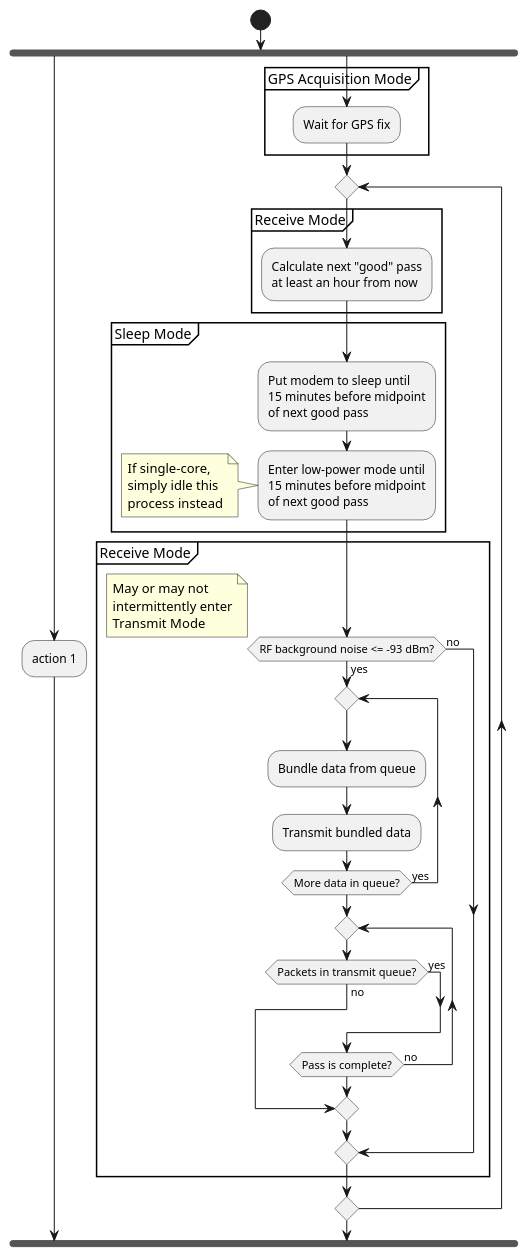
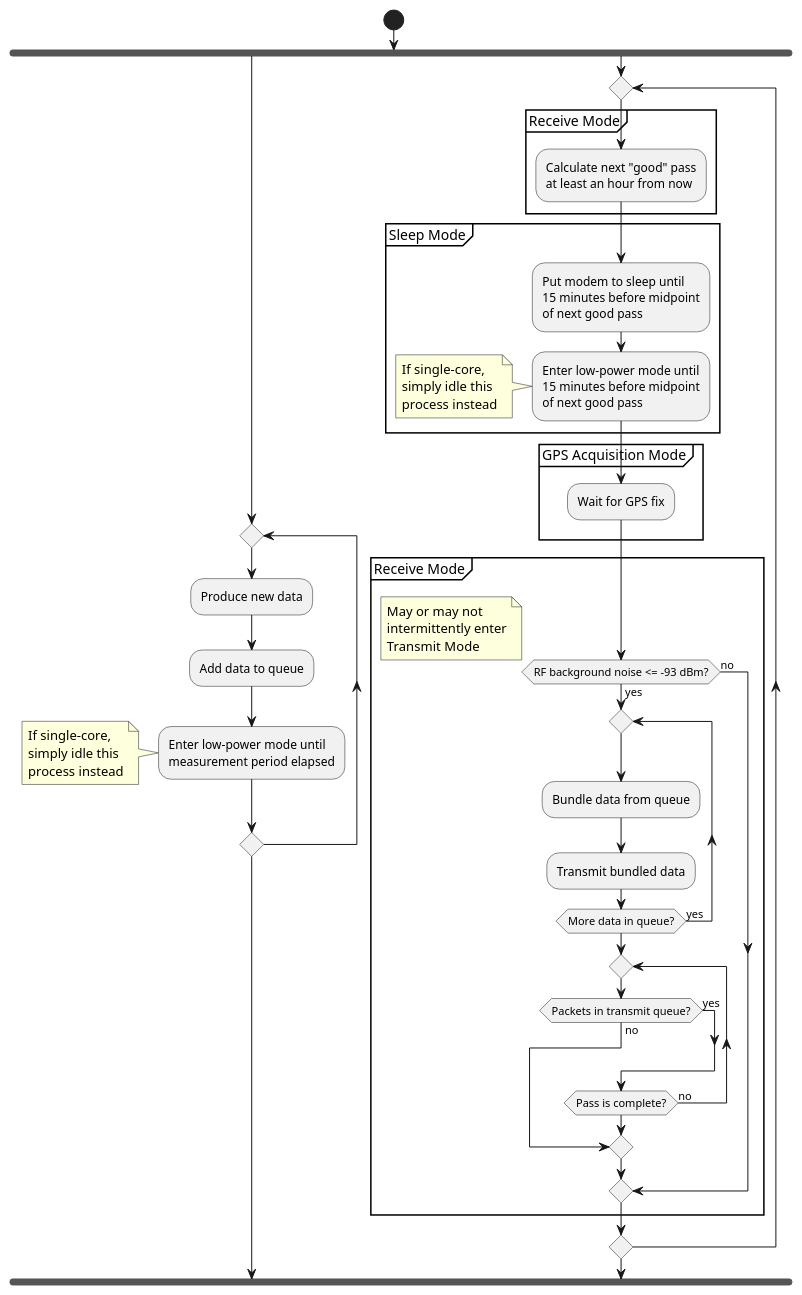
One commit to garrettkinman/MSc-Thesis-Diagrams changed the diagram in hostAlgorithm.wsd. Above: the diagram before and after it, drawn with PlantUML.

Commit message:
reordered GPS acquisition mode

```diff
--- a/hostAlgorithm.wsd
+++ b/hostAlgorithm.wsd
@@ -1,47 +1,52 @@
 @startuml
 
 
 
 start
 fork
-  :action 1;
+    repeat
+        :Produce new data;
+        :Add data to queue;
+        :Enter low-power mode until\nmeasurement period elapsed;
+        note left: If single-core,\nsimply idle this\nprocess instead
+    repeat while ()
+
 fork again
-    partition "GPS Acquisition Mode" {
-        :Wait for GPS fix;
-    }
-
     repeat
         partition "Receive Mode" {
             :Calculate next "good" pass\nat least an hour from now;
         }
         
         partition "Sleep Mode" {
             :Put modem to sleep until\n15 minutes before midpoint\nof next good pass;
             :Enter low-power mode until\n15 minutes before midpoint\nof next good pass;
+            note left: If single-core,\nsimply idle this\nprocess instead
         }
 
-        note left: If single-core,\nsimply idle this\nprocess instead
+        partition "GPS Acquisition Mode" {
+            :Wait for GPS fix;
+        }
+
         partition "Receive Mode" {
             if (RF background noise <= -93 dBm?) then (yes)
                 repeat
                     :Bundle data from queue;
                     :Transmit bundled data;
                 repeat while (More data in queue?) is (yes)
                 repeat
                     if (Packets in transmit queue?) then (no)
                         break
                     else (yes)
                         
                     endif
                 repeat while (Pass is complete?) is (no)
             else (no)
             endif
         }
         floating note: May or may not\nintermittently enter\nTransmit Mode
 
-
     repeat while ()
 
 end fork
 
 @enduml
```
